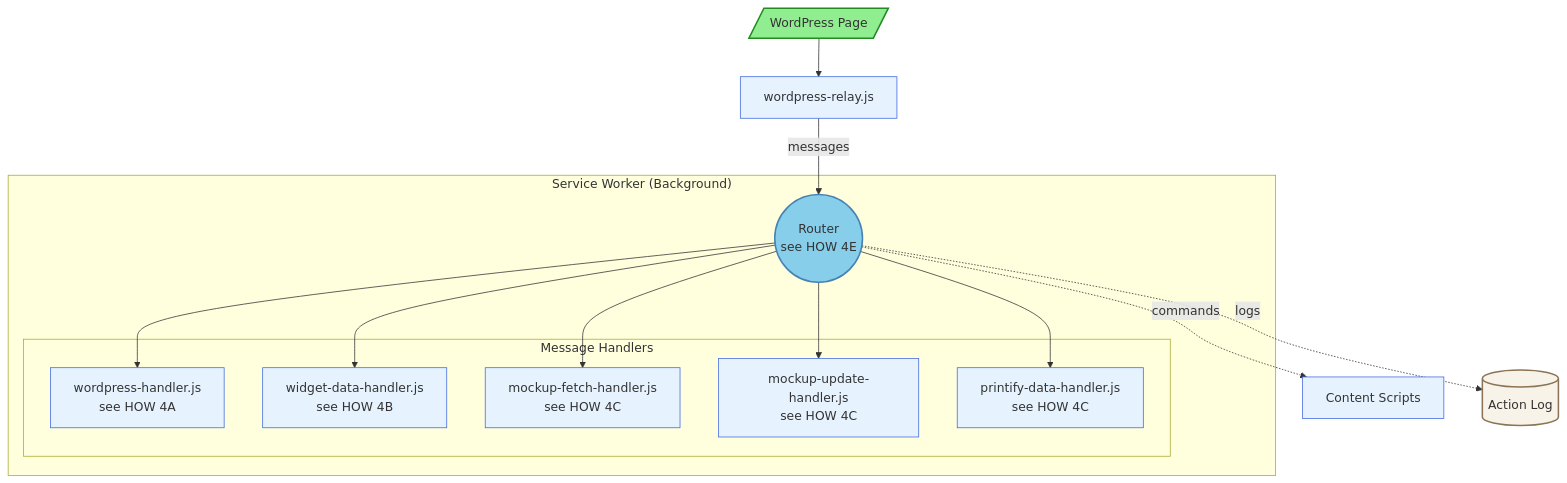
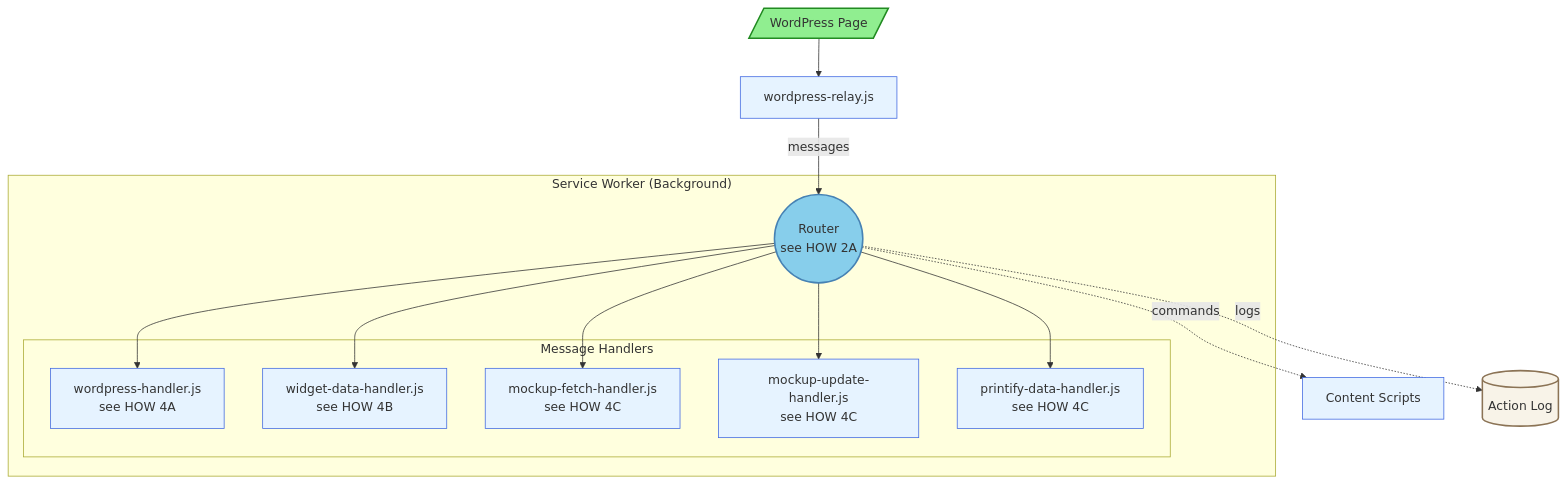
Before and after one commit to tdemelle-SiP/.claude: the third of 5 diagrams in guidelines/sip-printify-manager-extension-guidelines-v2.md, drawn with Mermaid. The commit also changed other lines of this file, not shown here.

Commit message:
remove router description redundancies

````diff
--- a/guidelines/sip-printify-manager-extension-guidelines-v2.md
+++ b/guidelines/sip-printify-manager-extension-guidelines-v2.md
@@ -355,38 +355,38 @@
 ```mermaid
 graph TD
   subgraph "Service Worker (Background)"
-    Router((Router<br/>see HOW 4E))
+    Router((Router<br/>see HOW 2A))
     
     subgraph "Message Handlers"
       WH[wordpress-handler.js<br/>see HOW 4A]
       WDH[widget-data-handler.js<br/>see HOW 4B]
       MFH[mockup-fetch-handler.js<br/>see HOW 4C]
       MUH[mockup-update-handler.js<br/>see HOW 4C]
       PDH[printify-data-handler.js<br/>see HOW 4C]
     end
     
     Router --> WH
     Router --> WDH
     Router --> MFH
     Router --> MUH
     Router --> PDH
   end
   
   WPPage[/"WordPress Page"/] --> WPRelay[wordpress-relay.js]
   WPRelay -->|messages| Router
   
   Router -. commands .-> CS[Content Scripts]
   Router -. logs .-> Logger[(Action Log)]
   
   %% Style definitions
   classDef userFacingStyle fill:#90EE90,stroke:#228B22,stroke-width:2px
   classDef routerStyle fill:#87CEEB,stroke:#4682B4,stroke-width:2px
   classDef scriptStyle fill:#E6F3FF,stroke:#4169E1,stroke-width:1px
   classDef storageStyle fill:#F8F3E8,stroke:#8B7355,stroke-width:2px
   
   %% Apply styles
   class WPPage userFacingStyle
   class Router routerStyle
   class WH,WDH,MFH,MUH,PDH,WPRelay,CS scriptStyle
   class Logger storageStyle
 ```
````
